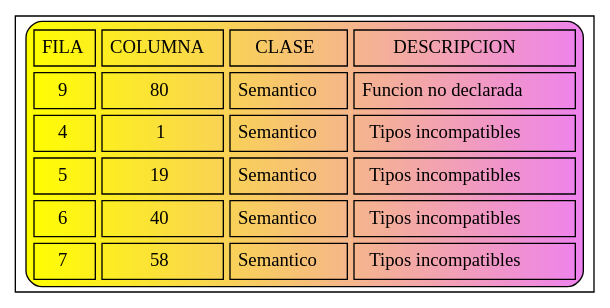
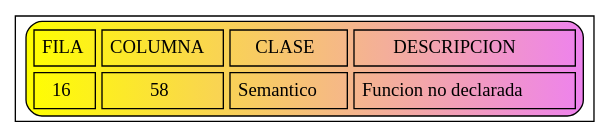
Before and after one commit to JoseMore99/OLC2_P1_201701015: the diagram in Errores.dot, drawn with Graphviz. The commit also changed 18 other files, not shown here.

```diff
--- a/Errores.dot
+++ b/Errores.dot
@@ -1,11 +1,7 @@
 digraph G{
 node [shape=record];
 a0 [label=<<TABLE border="1" cellspacing="5" cellpadding="5" style="rounded" bgcolor="yellow:violet">
 "<TR><TD>FILA</TD><TD>COLUMNA</TD><TD>CLASE</TD><TD>DESCRIPCION</TD></TR>
-<TR><TD>9</TD><TD>80</TD><TD>Semantico</TD><TD>Funcion no declarada</TD></TR>
-<TR><TD>4</TD><TD>1</TD><TD>Semantico</TD><TD>Tipos incompatibles</TD></TR>
-<TR><TD>5</TD><TD>19</TD><TD>Semantico</TD><TD>Tipos incompatibles</TD></TR>
-<TR><TD>6</TD><TD>40</TD><TD>Semantico</TD><TD>Tipos incompatibles</TD></TR>
-<TR><TD>7</TD><TD>58</TD><TD>Semantico</TD><TD>Tipos incompatibles</TD></TR>
+<TR><TD>16</TD><TD>58</TD><TD>Semantico</TD><TD>Funcion no declarada</TD></TR>
 </TABLE>>];
 }
```
